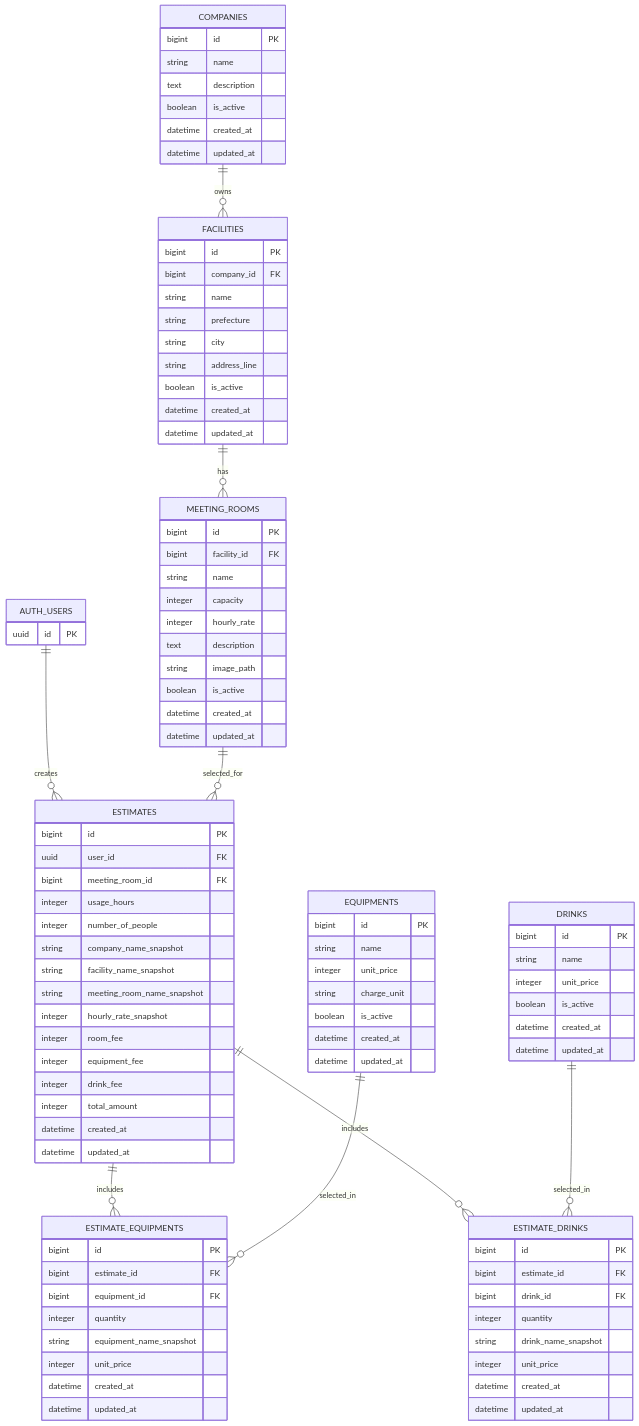
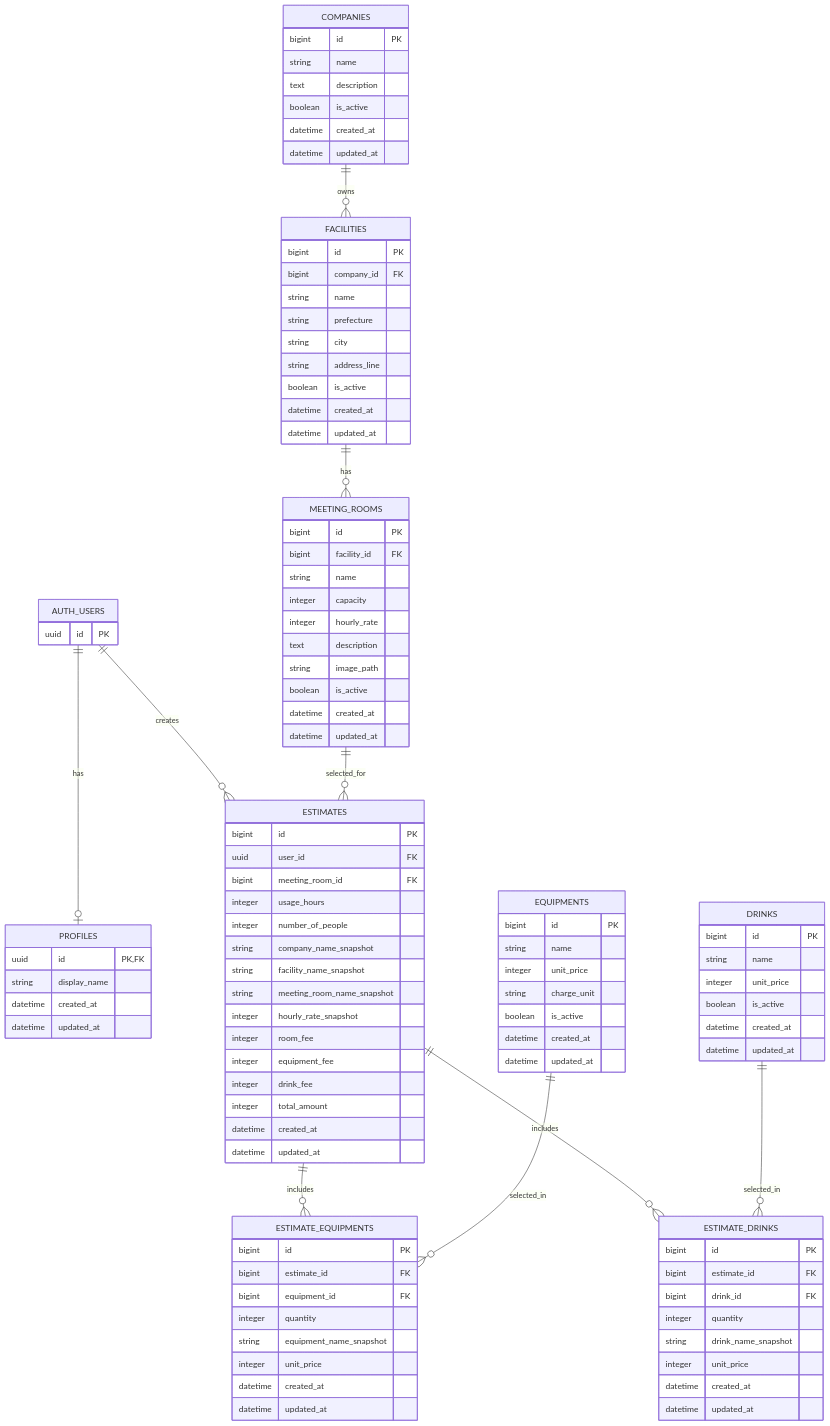
One commit to hiro9791777/meeting-room-estimator changed the diagram in doc/er_diagram.md. Above: the diagram before and after it, drawn with Mermaid. The commit also changed other lines of this file, not shown here.

```diff
--- a/doc/er_diagram.md
+++ b/doc/er_diagram.md
@@ -44,6 +45,7 @@
 erDiagram
     COMPANIES ||--o{ FACILITIES : owns
     FACILITIES ||--o{ MEETING_ROOMS : has
+    AUTH_USERS ||--o| PROFILES : has
     AUTH_USERS ||--o{ ESTIMATES : creates
     MEETING_ROOMS ||--o{ ESTIMATES : selected_for
     ESTIMATES ||--o{ ESTIMATE_EQUIPMENTS : includes
@@ -53,6 +55,13 @@
 
     AUTH_USERS {
         uuid id PK
+    }
+
+    PROFILES {
+        uuid id PK, FK
+        string display_name
+        datetime created_at
+        datetime updated_at
     }
 
     COMPANIES {
```
